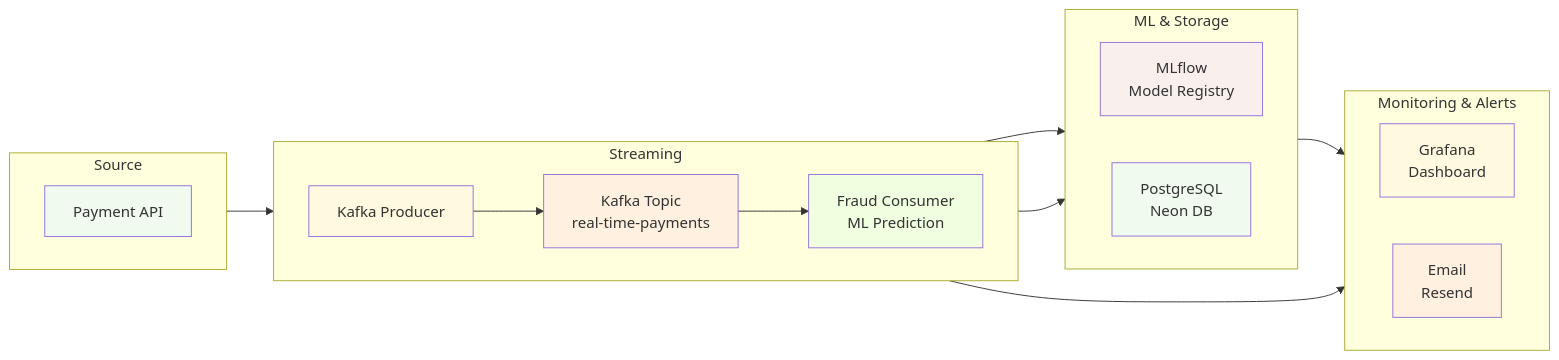
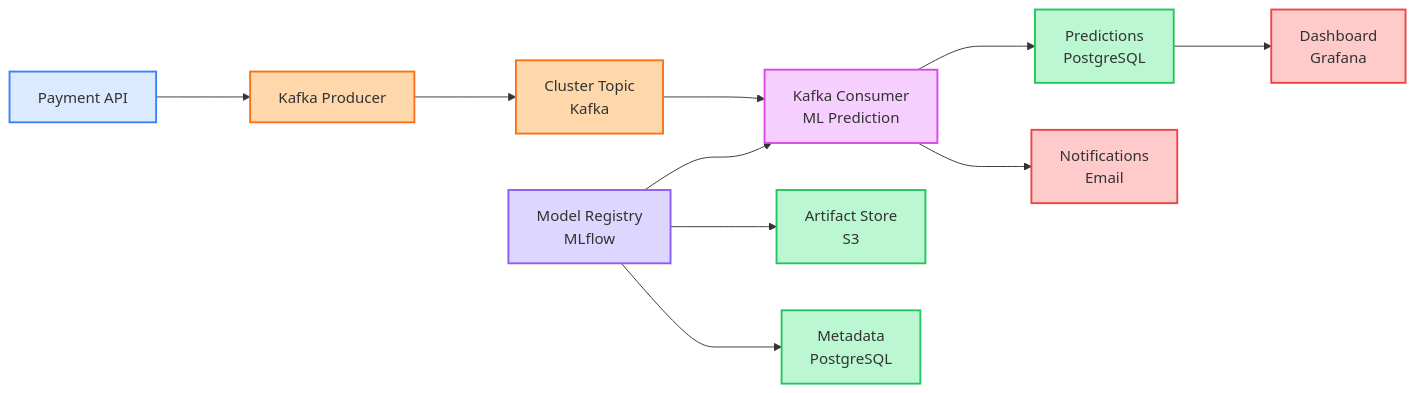
One commit to jefraudai/jefraudai changed the first of 11 diagrams in Services/slidev/slides.md. Above: the diagram before and after it, drawn with Mermaid. The commit also changed other lines of this file and 14 other files, not shown here.

````diff
--- a/Services/slidev/slides.md
+++ b/Services/slidev/slides.md
@@ -40,41 +122,21 @@
 ```mermaid
 graph LR
-    subgraph "Source"
-        direction LR
-        API[Payment API]
-    end
+    API[Payment API] ---> KP[Kafka Producer] ---> KT[Cluster Topic<br/>Kafka] ---> KC[Kafka Consumer<br/>ML Prediction]
+    KC ---> PG[Predictions <br/>PostgreSQL]
+    ML[Model Registry<br/>MLflow] ---> KC
+    ML ---> S3[Artifact Store<br/>S3]
+    ML ---> PG2[Metadata <br/>PostgreSQL]
+    PG ---> GF[Dashboard<br/>Grafana]
+    KC ---> EM[Notifications<br/>Email]    
 
-    subgraph "Streaming"
-        direction LR
-        KP[Kafka Producer]
-        KT[Kafka Topic<br/>real-time-payments]
-        KC[Fraud Consumer<br/>ML Prediction]
-    end
-
-    subgraph "ML & Storage"
-        direction LR
-        ML[MLflow<br/>Model Registry]
-        PG[PostgreSQL<br/>Neon DB]
-    end
-
-    subgraph "Monitoring & Alerts"
-        direction LR
-        GF[Grafana<br/>Dashboard]
-        EM[Email<br/>Resend]
-    end
-
-    API --> KP --> KT --> KC
-    KC --> PG
-    KC --> ML
-    PG --> GF
-    KC --> EM
-
-    style API fill:#e1f5ff,fill-opacity:0.5
-    style KP fill:#fff4e1,fill-opacity:0.5
-    style KT fill:#ffe1e1,fill-opacity:0.5
-    style KC fill:#e1ffe1,fill-opacity:0.5
-    style ML fill:#f3e1ff,fill-opacity:0.5
-    style PG fill:#e1f5ff,fill-opacity:0.5
-    style GF fill:#fff4e1,fill-opacity:0.5
-    style EM fill:#ffe1e1,fill-opacity:0.5
+    style API fill:#dbeafe,stroke:#3b82f6,stroke-width:2px
+    style KP fill:#fed7aa,stroke:#f97316,stroke-width:2px
+    style KT fill:#fed7aa,stroke:#f97316,stroke-width:2px
+    style KC fill:#f5d0fe,stroke:#d946ef,stroke-width:2px
+    style ML fill:#ddd6fe,stroke:#8b5cf6,stroke-width:2px
+    style PG fill:#bbf7d0,stroke:#22c55e,stroke-width:2px
+    style S3 fill:#bbf7d0,stroke:#22c55e,stroke-width:2px
+    style PG2 fill:#bbf7d0,stroke:#22c55e,stroke-width:2px
+    style GF fill:#fecaca,stroke:#ef4444,stroke-width:2px
+    style EM fill:#fecaca,stroke:#ef4444,stroke-width:2px
 ```
````
